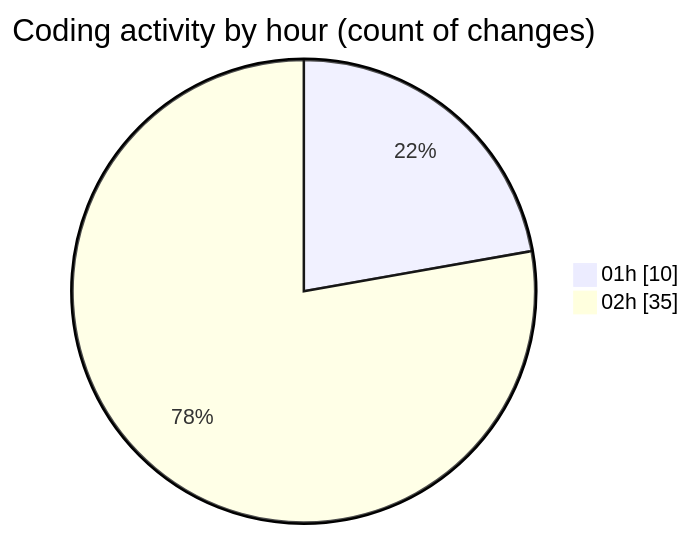
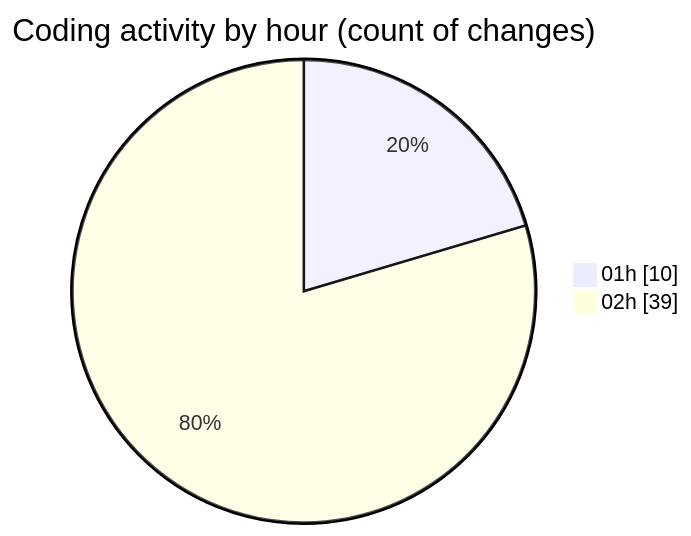
The second of 2 diagrams in 2025-11-21/eventscop-frontend-guide__workspace_/README.md (julien-gomy/code-tracking), drawn with Mermaid before and after one commit. The commit also changed other lines of this file and 1 other file, not shown here.

````diff
--- a/2025-11-21/eventscop-frontend-guide__workspace_/README.md
+++ b/2025-11-21/eventscop-frontend-guide__workspace_/README.md
@@ -52,6 +53,6 @@
 ```mermaid
 pie showData
 title Coding activity by hour (count of changes)
 "01h" : 10
-"02h" : 35
+"02h" : 39
 ```
````
